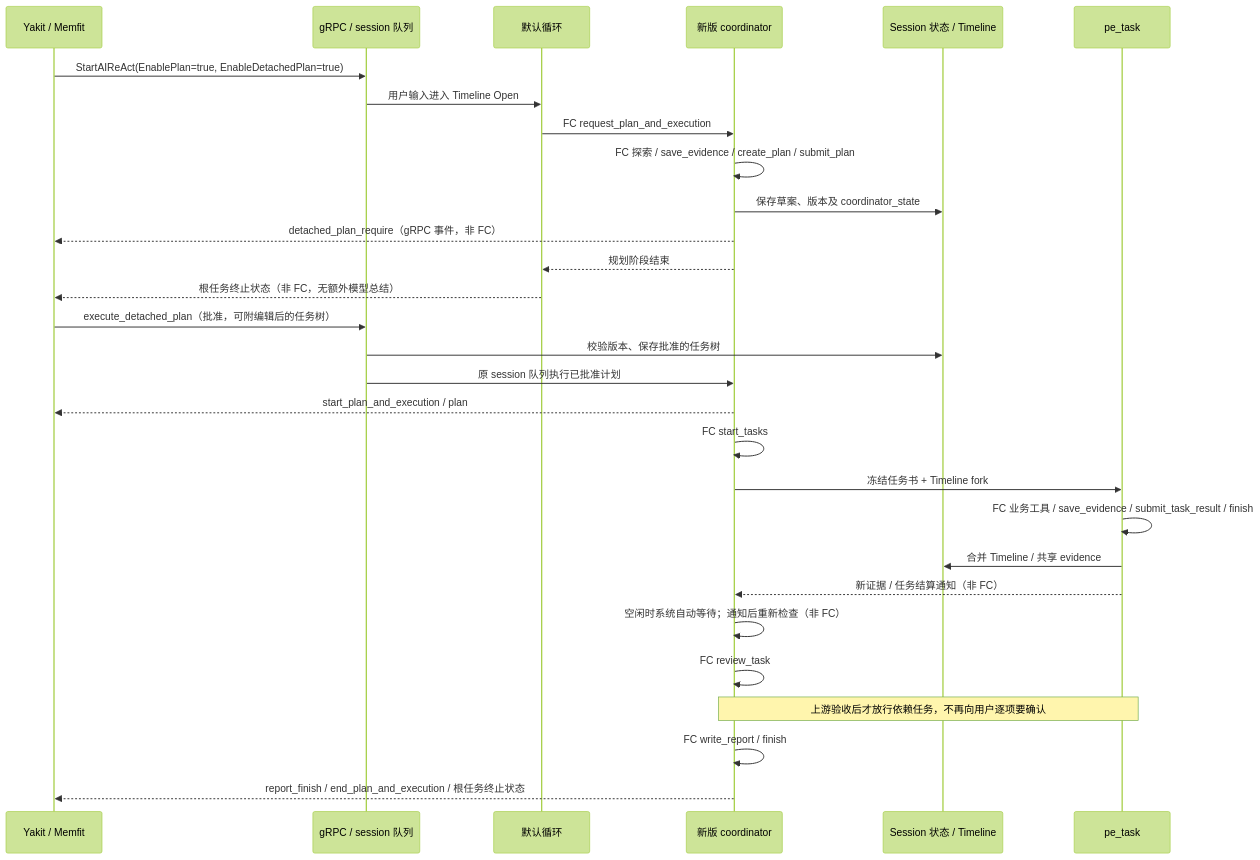
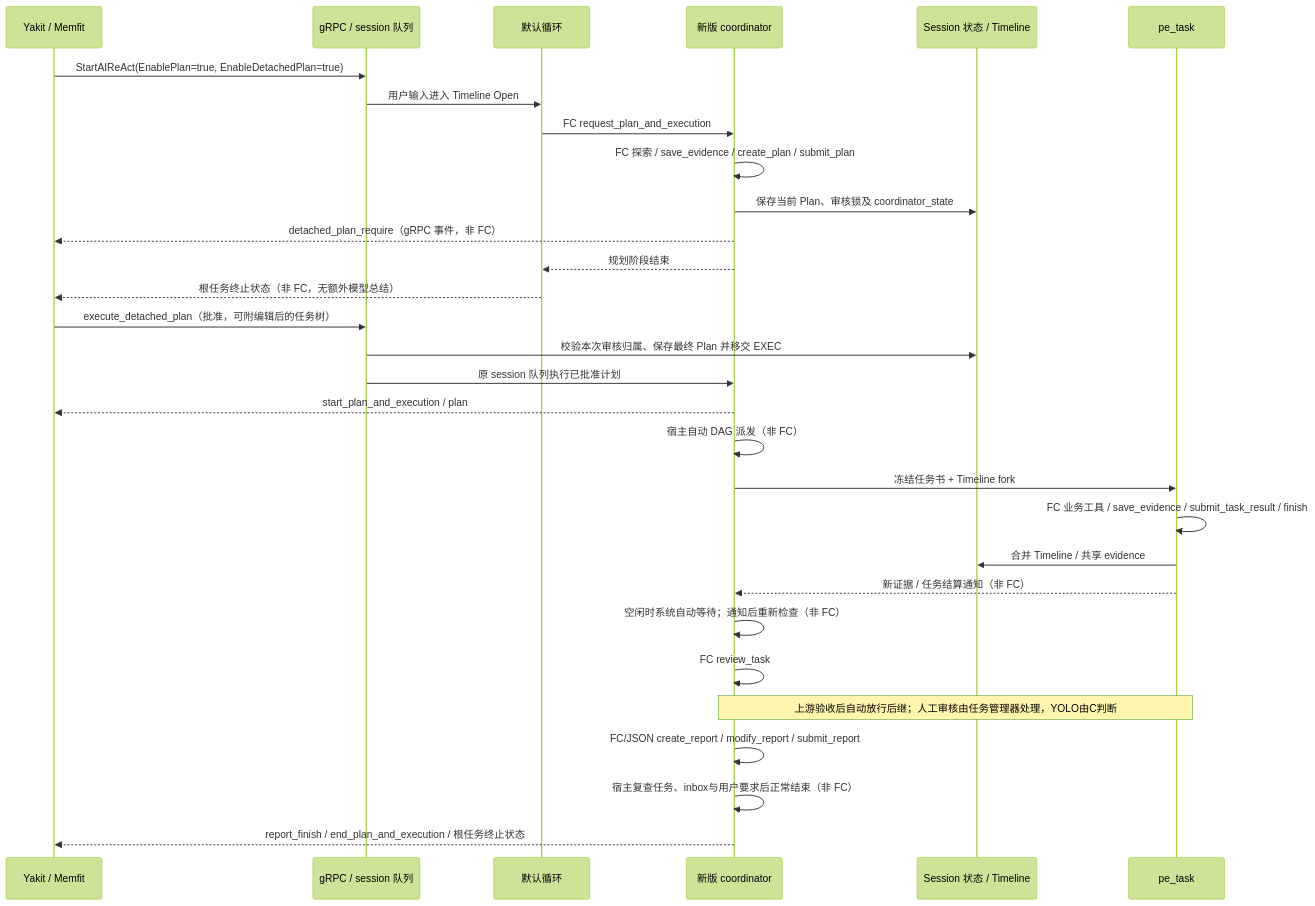
Before and after one commit to yaklang/yaklang: the diagram in common/ai/aid/coordinator/README.md, drawn with Mermaid (forest theme). The commit also changed other lines of this file and 107 other files, not shown here.

First line of the commit message:
Add comprehensive tests for coordinator functionality and update architecture documentation

````diff
--- a/common/ai/aid/coordinator/README.md
+++ b/common/ai/aid/coordinator/README.md
@@ -64,31 +88,32 @@
 ```mermaid
 sequenceDiagram
     participant UI as Yakit / Memfit
     participant RPC as gRPC / session 队列
     participant D as 默认循环
     participant C as 新版 coordinator
     participant DB as Session 状态 / Timeline
     participant W as pe_task
     UI->>RPC: StartAIReAct(EnablePlan=true, EnableDetachedPlan=true)
     RPC->>D: 用户输入进入 Timeline Open
     D->>C: FC request_plan_and_execution
     C->>C: FC 探索 / save_evidence / create_plan / submit_plan
-    C->>DB: 保存草案、版本及 coordinator_state
+    C->>DB: 保存当前 Plan、审核锁及 coordinator_state
     C-->>UI: detached_plan_require（gRPC 事件，非 FC）
     C-->>D: 规划阶段结束
     D-->>UI: 根任务终止状态（非 FC，无额外模型总结）
     UI->>RPC: execute_detached_plan（批准，可附编辑后的任务树）
-    RPC->>DB: 校验版本、保存批准的任务树
+    RPC->>DB: 校验本次审核归属、保存最终 Plan 并移交 EXEC
     RPC->>C: 原 session 队列执行已批准计划
     C-->>UI: start_plan_and_execution / plan
-    C->>C: FC start_tasks
+    C->>C: 宿主自动 DAG 派发（非 FC）
     C->>W: 冻结任务书 + Timeline fork
     W->>W: FC 业务工具 / save_evidence / submit_task_result / finish
     W->>DB: 合并 Timeline / 共享 evidence
     W-->>C: 新证据 / 任务结算通知（非 FC）
     C->>C: 空闲时系统自动等待；通知后重新检查（非 FC）
     C->>C: FC review_task
-    Note over C,W: 上游验收后才放行依赖任务，不再向用户逐项要确认
-    C->>C: FC write_report / finish
+    Note over C,W: 上游验收后自动放行后继；人工审核由任务管理器处理，YOLO由C判断
+    C->>C: FC/JSON create_report / modify_report / submit_report
+    C->>C: 宿主复查任务、inbox与用户要求后正常结束（非 FC）
     C-->>UI: report_finish / end_plan_and_execution / 根任务终止状态
 ```
````
